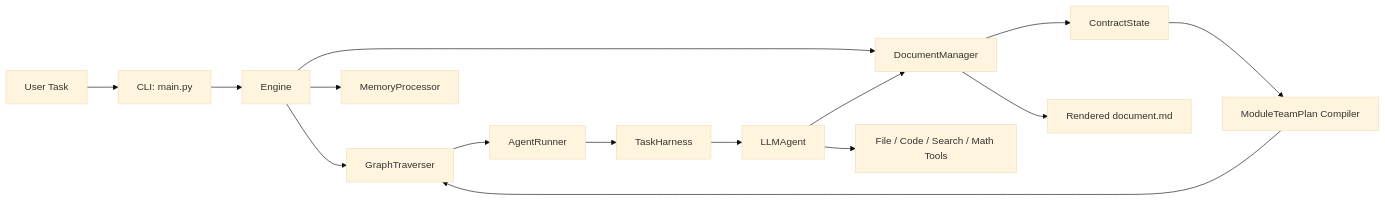
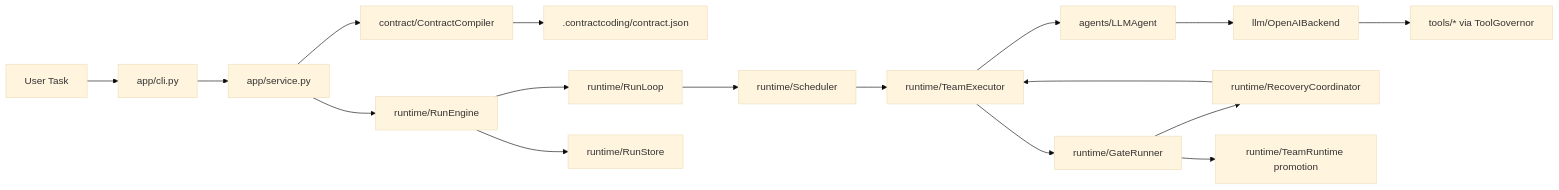
Before and after one commit to imliinyi/Contract-Coding: the diagram in docs/current-architecture.md, drawn with Mermaid (base theme). The commit also changed other lines of this file and 99 other files, not shown here.

Commit message:
Mature OpenAI-first long-running runtime

````diff
--- a/docs/current-architecture.md
+++ b/docs/current-architecture.md
@@ -13,21 +7,19 @@
 ```mermaid
 flowchart LR
-    U["User Task"] --> CLI["CLI: main.py"]
-    CLI --> E["Engine"]
-    E --> GT["GraphTraverser"]
-    E --> DM["DocumentManager"]
-    E --> MP["MemoryProcessor"]
-
-    DM --> CS["ContractState"]
-    CS --> CP["ModuleTeamPlan Compiler"]
-
-    GT --> AR["AgentRunner"]
-    AR --> H["TaskHarness"]
-    H --> AG["LLMAgent"]
-
-    AG --> TOOLS["File / Code / Search / Math Tools"]
-    AG --> DM
-
-    CP --> GT
-    DM --> MD["Rendered document.md"]
+    U["User Task"] --> CLI["app/cli.py"]
+    CLI --> SVC["app/service.py"]
+    SVC --> PLAN["contract/ContractCompiler"]
+    PLAN --> CONTRACT[".contractcoding/contract.json"]
+    SVC --> RUN["runtime/RunEngine"]
+    RUN --> LOOP["runtime/RunLoop"]
+    LOOP --> SCH["runtime/Scheduler"]
+    SCH --> TEAM["runtime/TeamExecutor"]
+    TEAM --> AG["agents/LLMAgent"]
+    AG --> OPENAI["llm/OpenAIBackend"]
+    OPENAI --> TOOLS["tools/* via ToolGovernor"]
+    TEAM --> GATES["runtime/GateRunner"]
+    GATES --> RECOVERY["runtime/RecoveryCoordinator"]
+    RECOVERY --> TEAM
+    GATES --> PROMOTE["runtime/TeamRuntime promotion"]
+    RUN --> STORE["runtime/RunStore"]
 ```
````
